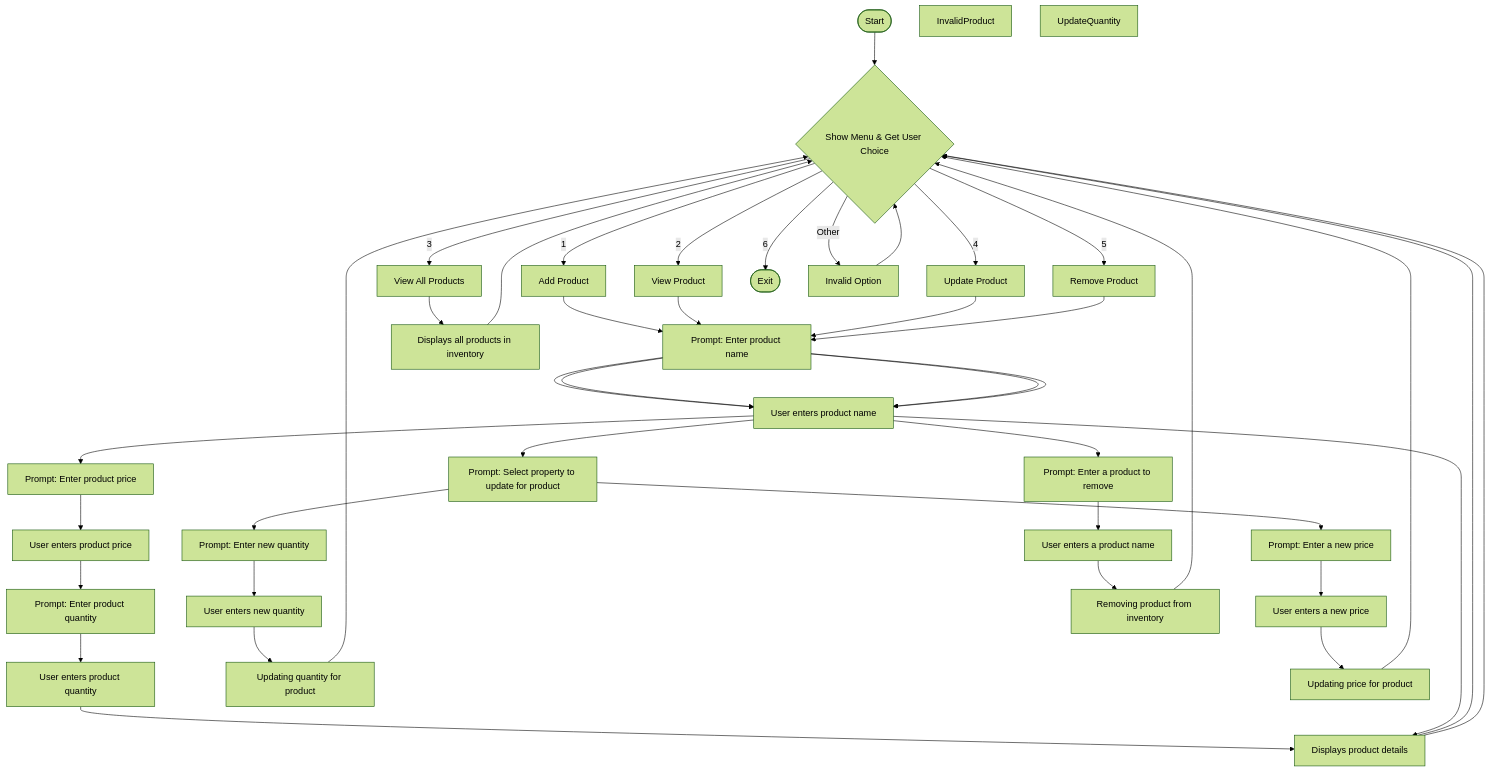
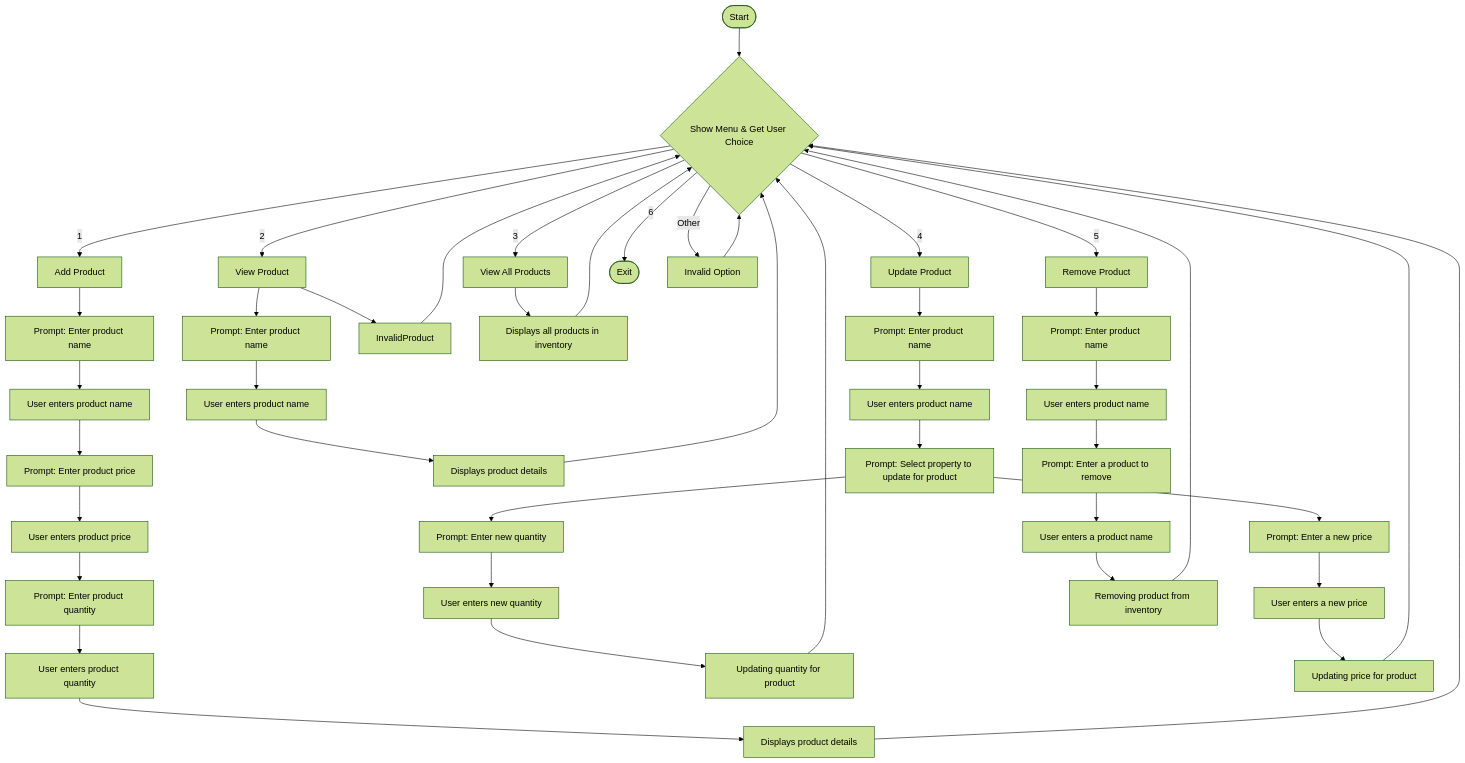
Before and after one commit to AdrianM10/inventory-mgmt-system: the diagram in flowchart.mmd, drawn with Mermaid (forest theme).

Commit message:
Update flowchart to reduce overlapping lines

```diff
--- a/flowchart.mmd
+++ b/flowchart.mmd
@@ -1,47 +1,59 @@
 flowchart TD
     Start([Start])
     Menu{Show Menu & Get User Choice}
     Add[Add Product]
     GetProductName[Prompt: Enter product name]
     SetProductName[User enters product name]
     GetProductPrice[Prompt: Enter product price]
     SetProductPrice[User enters product price]
     GetProductQty[Prompt: Enter product quantity]
     SetProductQty[User enters product quantity]
+    DisplayAddProduct[Displays product details] 
+    
     ViewOne[View Product]
-    DisplayProduct[Displays product details]
+    DisplayViewProduct[Displays product details]    
+    GetProductViewOneName[Prompt: Enter product name]
+    SetProductViewOneName[User enters product name]
+    InvalidProduct
+    
+    ViewAll[View All Products]
     DisplayProducts[Displays all products in inventory]
-    InvalidProduct
-    ViewAll[View All Products]
+    
     Update[Update Product]
+    GetProductUpdateName[Prompt: Enter product name]
+    SetProductUpdateName[User enters product name]
     UpdateProperty[Prompt: Select property to update for product]
     GetUpdateQty[Prompt: Enter new quantity]
     SetUpdateQty[User enters new quantity]
     UpdatedQtyMsg[Updating quantity for product]
     GetUpdatePrice[Prompt: Enter a new price]
     SetUpdatePrice[User enters a new price]
     UpdatedPriceMsg[Updating price for product]
-    UpdateQty[UpdateQuantity]
+    
     Remove[Remove Product]
+    GetProductRemovalName[Prompt: Enter product name]
+    SetProductRemovalName[User enters product name]
     GetRemovalProduct[Prompt: Enter a product to remove]
     SetRemovalProduct[User enters a product name]
     RemovalMsg[Removing product from inventory]
+    
     Exit([Exit])
     Invalid[Invalid Option]
 
     Start --> Menu
     Menu -->|1| Add
-    Add --> GetProductName --> SetProductName --> GetProductPrice --> SetProductPrice --> GetProductQty --> SetProductQty --> DisplayProduct --> Menu
+    Add --> GetProductName --> SetProductName --> GetProductPrice --> SetProductPrice --> GetProductQty --> SetProductQty --> DisplayAddProduct --> Menu
     Menu -->|2| ViewOne
-    ViewOne --> GetProductName --> SetProductName --> DisplayProduct --> Menu
+    ViewOne --> GetProductViewOneName --> SetProductViewOneName --> DisplayViewProduct --> Menu
+    ViewOne --> InvalidProduct --> Menu
     Menu -->|3| ViewAll
     ViewAll --> DisplayProducts --> Menu
     Menu -->|4| Update
-    Update --> GetProductName --> SetProductName --> UpdateProperty
+    Update --> GetProductUpdateName --> SetProductUpdateName --> UpdateProperty
     UpdateProperty --> GetUpdateQty --> SetUpdateQty --> UpdatedQtyMsg --> Menu
     UpdateProperty --> GetUpdatePrice --> SetUpdatePrice --> UpdatedPriceMsg --> Menu
     Menu -->|5| Remove
-    Remove --> GetProductName --> SetProductName --> GetRemovalProduct --> SetRemovalProduct --> RemovalMsg --> Menu
+    Remove --> GetProductRemovalName --> SetProductRemovalName --> GetRemovalProduct --> SetRemovalProduct --> RemovalMsg --> Menu
     Menu -->|6| Exit
     Menu -->|Other| Invalid
     Invalid --> Menu
```
